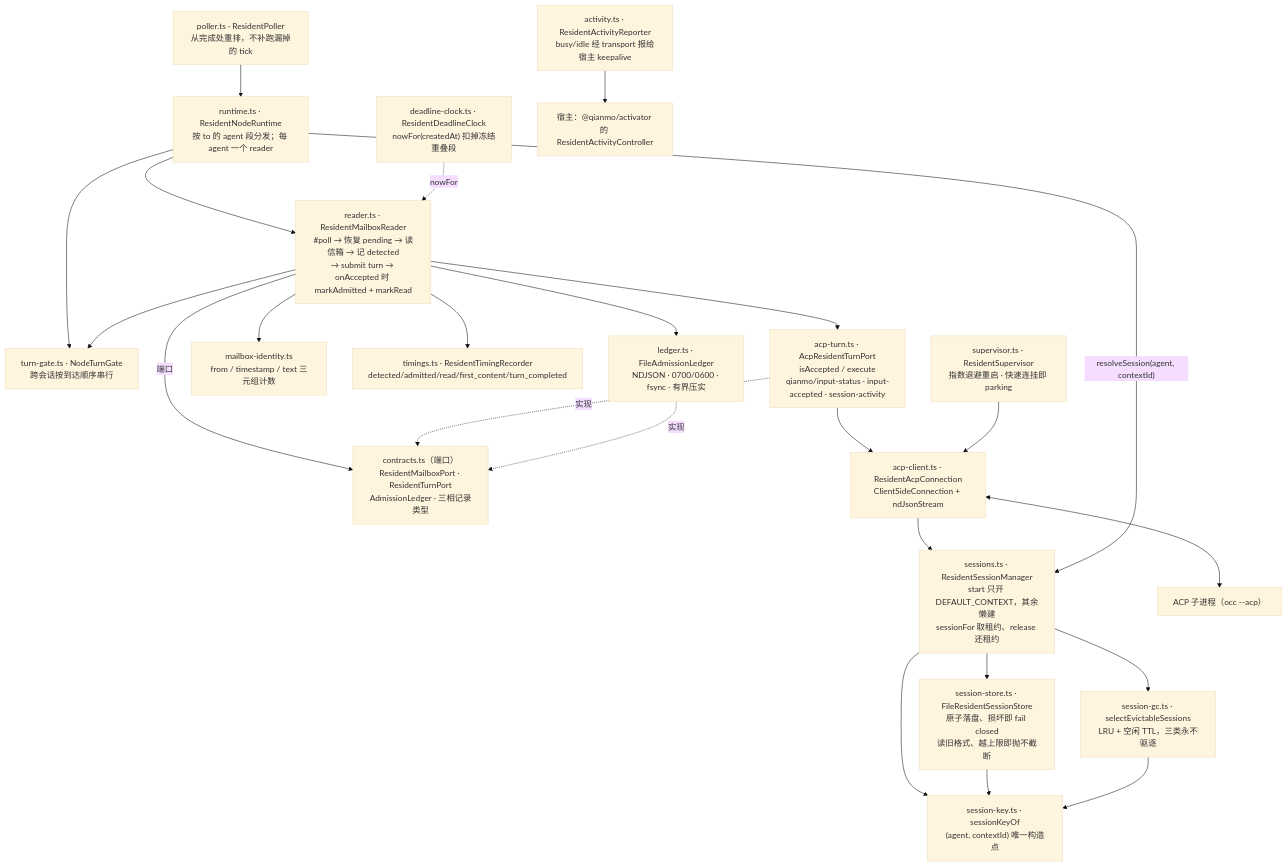
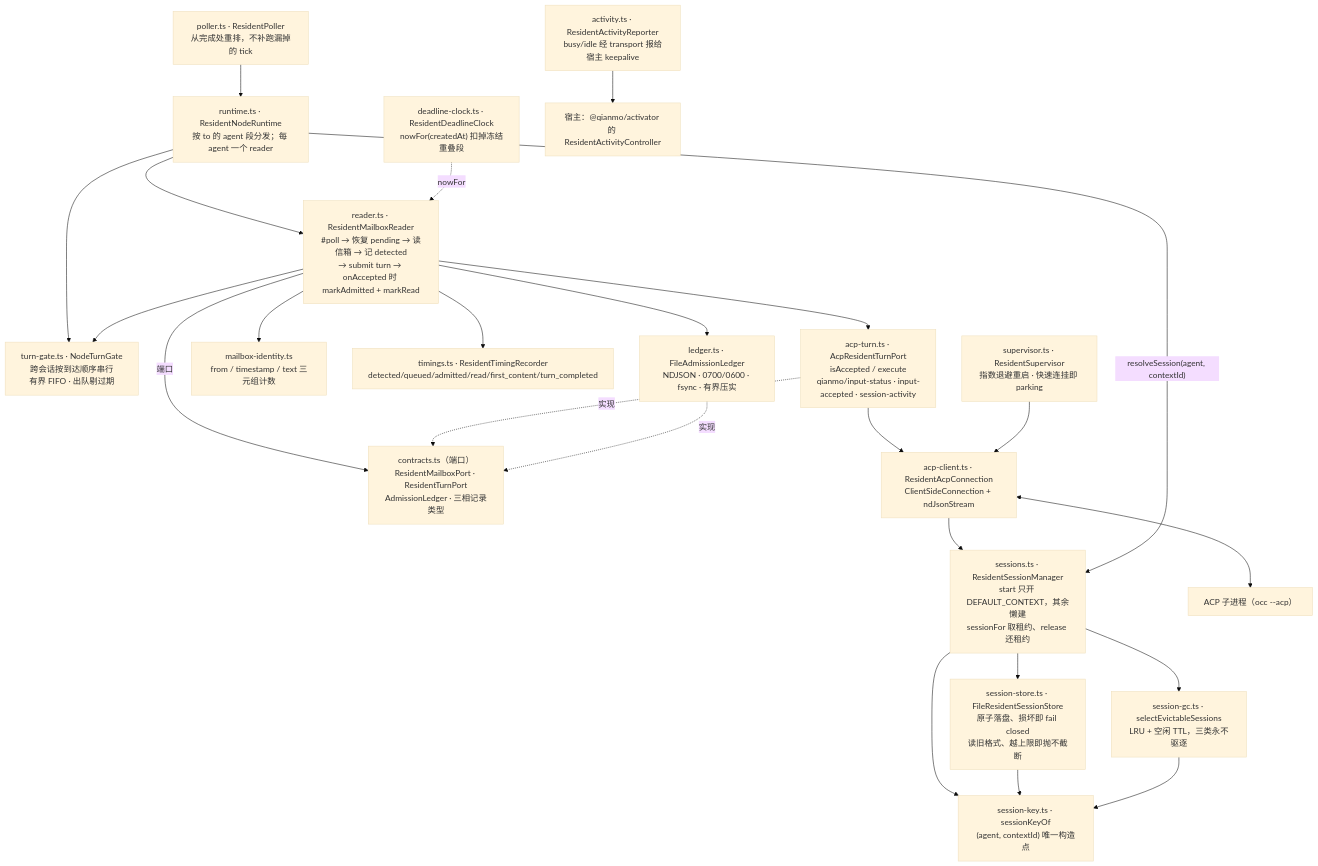
One commit to sweetcornna/atlas changed the diagram in packages/resident/README.md. Above: the diagram before and after it, drawn with Mermaid (base theme). The commit also changed other lines of this file and 1 other file, not shown here.

First line of the commit message:
docs(resident): 不变式扩至六条 + §3.2 队列治理；protocol.md 补 §4.5.1 回执与 ack 分层

````diff
--- a/packages/resident/README.md
+++ b/packages/resident/README.md
@@ -17,48 +17,48 @@
 ```mermaid
 flowchart TD
   poller["poller.ts · ResidentPoller<br/>从完成处重排，不补跑漏掉的 tick"]
   runtime["runtime.ts · ResidentNodeRuntime<br/>按 to 的 agent 段分发；每 agent 一个 reader"]
-  gate["turn-gate.ts · NodeTurnGate<br/>跨会话按到达顺序串行"]
+  gate["turn-gate.ts · NodeTurnGate<br/>跨会话按到达顺序串行<br/>有界 FIFO · 出队剔过期"]
   reader["reader.ts · ResidentMailboxReader<br/>#poll → 恢复 pending → 读信箱 → 记 detected<br/>→ submit turn → onAccepted 时 markAdmitted + markRead"]
   ledger["ledger.ts · FileAdmissionLedger<br/>NDJSON · 0700/0600 · fsync · 有界压实"]
   contracts["contracts.ts（端口）<br/>ResidentMailboxPort · ResidentTurnPort<br/>AdmissionLedger · 三相记录类型"]
   identity["mailbox-identity.ts<br/>from / timestamp / text 三元组计数"]
-  timings["timings.ts · ResidentTimingRecorder<br/>detected/admitted/read/first_content/turn_completed"]
+  timings["timings.ts · ResidentTimingRecorder<br/>detected/queued/admitted/read/first_content/turn_completed"]
   deadline["deadline-clock.ts · ResidentDeadlineClock<br/>nowFor(createdAt) 扣掉冻结重叠段"]
 
   turnport["acp-turn.ts · AcpResidentTurnPort<br/>isAccepted / execute<br/>qianmo/input-status · input-accepted · session-activity"]
   client["acp-client.ts · ResidentAcpConnection<br/>ClientSideConnection + ndJsonStream"]
   sessions["sessions.ts · ResidentSessionManager<br/>start 只开 DEFAULT_CONTEXT，其余懒建<br/>sessionFor 取租约、release 还租约"]
   key["session-key.ts · sessionKeyOf<br/>(agent, contextId) 唯一构造点"]
   gc["session-gc.ts · selectEvictableSessions<br/>LRU + 空闲 TTL，三类永不驱逐"]
   store["session-store.ts · FileResidentSessionStore<br/>原子落盘、损坏即 fail closed<br/>读旧格式、越上限即抛不截断"]
   supervisor["supervisor.ts · ResidentSupervisor<br/>指数退避重启 · 快速连挂即 parking"]
   activity["activity.ts · ResidentActivityReporter<br/>busy/idle 经 transport 报给宿主 keepalive"]
 
   acp["ACP 子进程（occ --acp）"]
   host["宿主：@qianmo/activator 的 ResidentActivityController"]
 
   poller --> runtime
   runtime --> reader
   runtime --> gate
   reader --> gate
   reader --> ledger
   reader --> identity
   reader --> timings
   reader -->|端口| contracts
   turnport -.->|"实现"| contracts
   ledger -.->|"实现"| contracts
   reader --> turnport
   turnport --> client
   client --> sessions
   sessions --> store
   sessions --> key
   sessions --> gc
   store --> key
   gc --> key
   runtime -->|"resolveSession(agent, contextId)"| sessions
   supervisor --> client
   client <--> acp
   activity --> host
   deadline -.->|"nowFor"| reader
 ```
````
